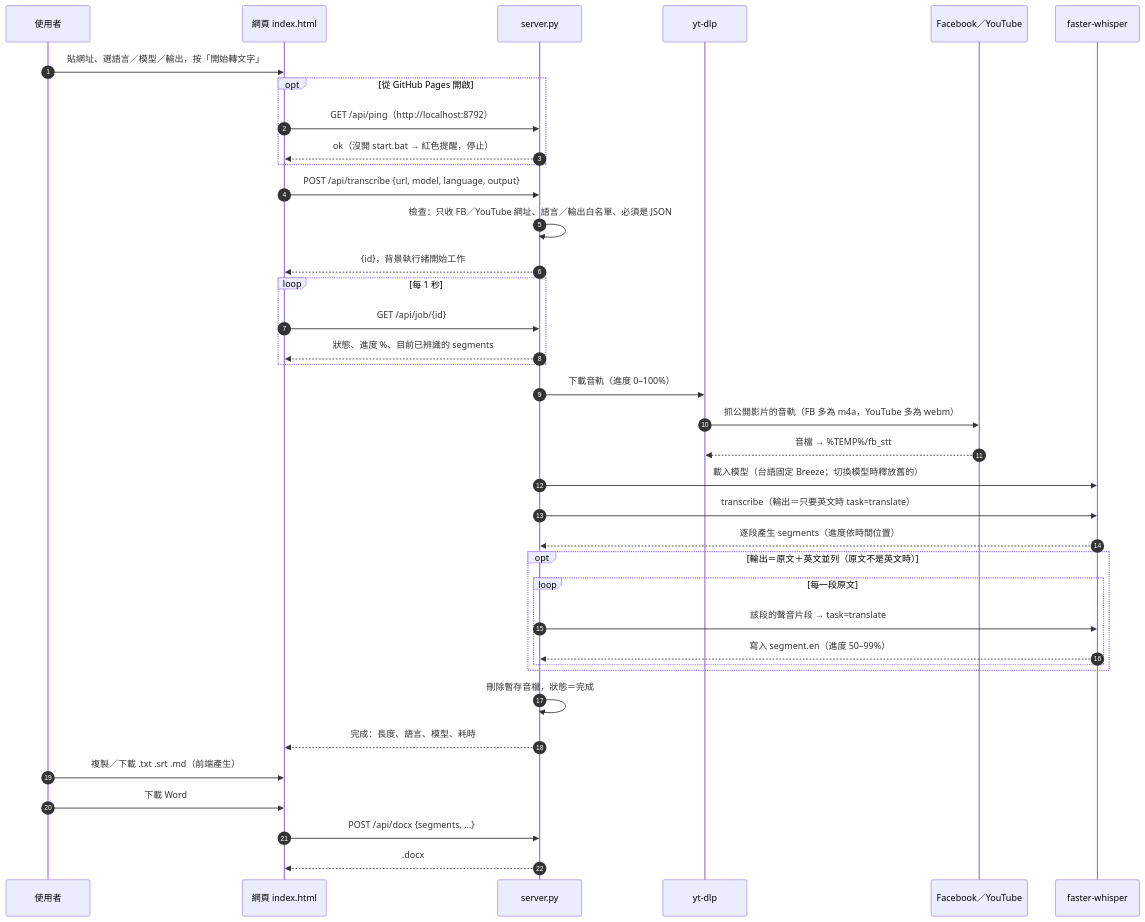
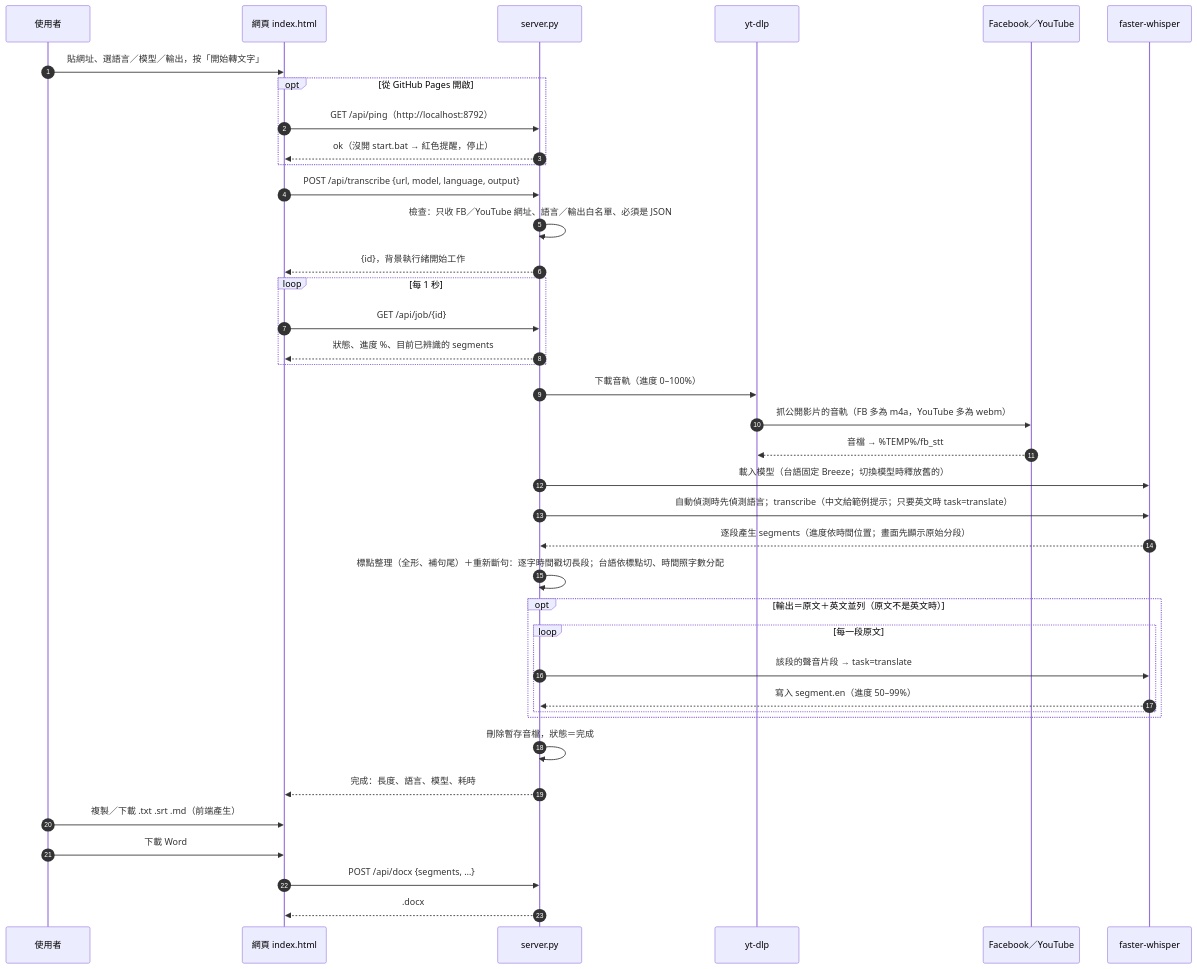
The second of 3 diagrams in README.md (SinLiongToo/fb-video-stt), drawn with Mermaid before and after one commit. The commit also changed other lines of this file and 5 other files, not shown here.

First line of the commit message:
v1.8：改善標點與斷句（A1 標點整理、A2 範例提示詞、A3 重新斷句）

````diff
--- a/README.md
+++ b/README.md
@@ -122,41 +122,42 @@
 ```mermaid
 sequenceDiagram
     autonumber
     participant U as 使用者
     participant P as 網頁 index.html
     participant S as server.py
     participant Y as yt-dlp
     participant F as Facebook／YouTube
     participant W as faster-whisper
 
     U->>P: 貼網址、選語言／模型／輸出，按「開始轉文字」
     opt 從 GitHub Pages 開啟
         P->>S: GET /api/ping（http://localhost:8792）
         S-->>P: ok（沒開 start.bat → 紅色提醒，停止）
     end
     P->>S: POST /api/transcribe {url, model, language, output}
     S->>S: 檢查：只收 FB／YouTube 網址、語言／輸出白名單、必須是 JSON
     S-->>P: {id}，背景執行緒開始工作
     loop 每 1 秒
         P->>S: GET /api/job/{id}
         S-->>P: 狀態、進度 %、目前已辨識的 segments
     end
     S->>Y: 下載音軌（進度 0–100%）
     Y->>F: 抓公開影片的音軌（FB 多為 m4a，YouTube 多為 webm）
     F-->>Y: 音檔 → %TEMP%/fb_stt
     S->>W: 載入模型（台語固定 Breeze；切換模型時釋放舊的）
-    S->>W: transcribe（輸出＝只要英文時 task=translate）
-    W-->>S: 逐段產生 segments（進度依時間位置）
+    S->>W: 自動偵測時先偵測語言；transcribe（中文給範例提示；只要英文時 task=translate）
+    W-->>S: 逐段產生 segments（進度依時間位置；畫面先顯示原始分段）
+    S->>S: 標點整理（全形、補句尾）＋重新斷句：逐字時間戳切長段；台語依標點切、時間照字數分配
     opt 輸出＝原文＋英文並列（原文不是英文時）
         loop 每一段原文
             S->>W: 該段的聲音片段 → task=translate
             W-->>S: 寫入 segment.en（進度 50–99%）
         end
     end
     S->>S: 刪除暫存音檔，狀態＝完成
     S-->>P: 完成：長度、語言、模型、耗時
     U->>P: 複製／下載 .txt .srt .md（前端產生）
     U->>P: 下載 Word
     P->>S: POST /api/docx {segments, …}
     S-->>P: .docx
 ```
````
